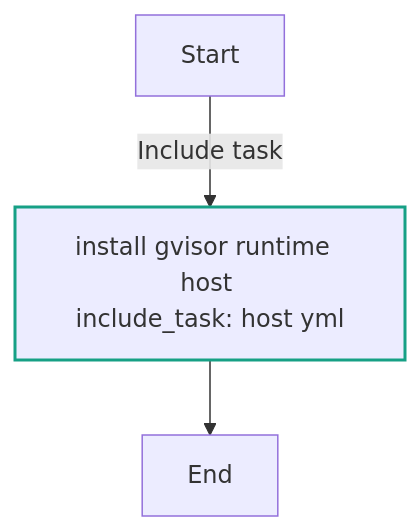
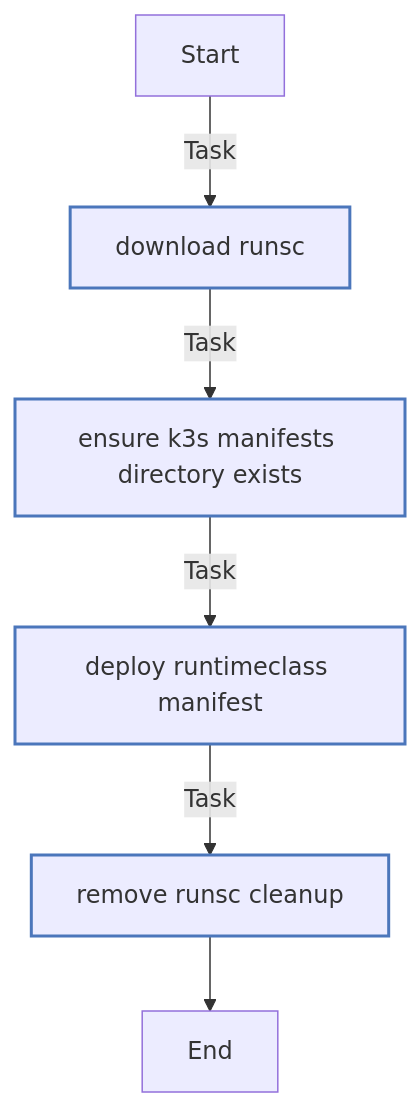
The second of 3 diagrams in roles/gvisor/README.md (rou-cru/k3s-homelab), drawn with Mermaid before and after one commit. The commit also changed other lines of this file and 23 other files, not shown here.

````diff
--- a/roles/gvisor/README.md
+++ b/roles/gvisor/README.md
@@ -98,15 +100,18 @@
 ```mermaid
 flowchart TD
 Start
 classDef block stroke:#3498db,stroke-width:2px;
 classDef task stroke:#4b76bb,stroke-width:2px;
 classDef includeTasks stroke:#16a085,stroke-width:2px;
 classDef importTasks stroke:#34495e,stroke-width:2px;
 classDef includeRole stroke:#2980b9,stroke-width:2px;
 classDef importRole stroke:#699ba7,stroke-width:2px;
 classDef includeVars stroke:#8e44ad,stroke-width:2px;
 classDef rescue stroke:#665352,stroke-width:2px;
 
-  Start-->|Include task| Install_gVisor_runtime__host__host_yml_0[install gvisor runtime  host <br>include_task: host yml]:::includeTasks
-  Install_gVisor_runtime__host__host_yml_0-->End
+  Start-->|Task| Download_runsc0[download runsc]:::task
+  Download_runsc0-->|Task| Ensure_K3s_manifests_directory_exists1[ensure k3s manifests directory exists]:::task
+  Ensure_K3s_manifests_directory_exists1-->|Task| Deploy_RuntimeClass_manifest2[deploy runtimeclass manifest]:::task
+  Deploy_RuntimeClass_manifest2-->|Task| Remove_runsc__cleanup_3[remove runsc  cleanup ]:::task
+  Remove_runsc__cleanup_3-->End
 ```
````
